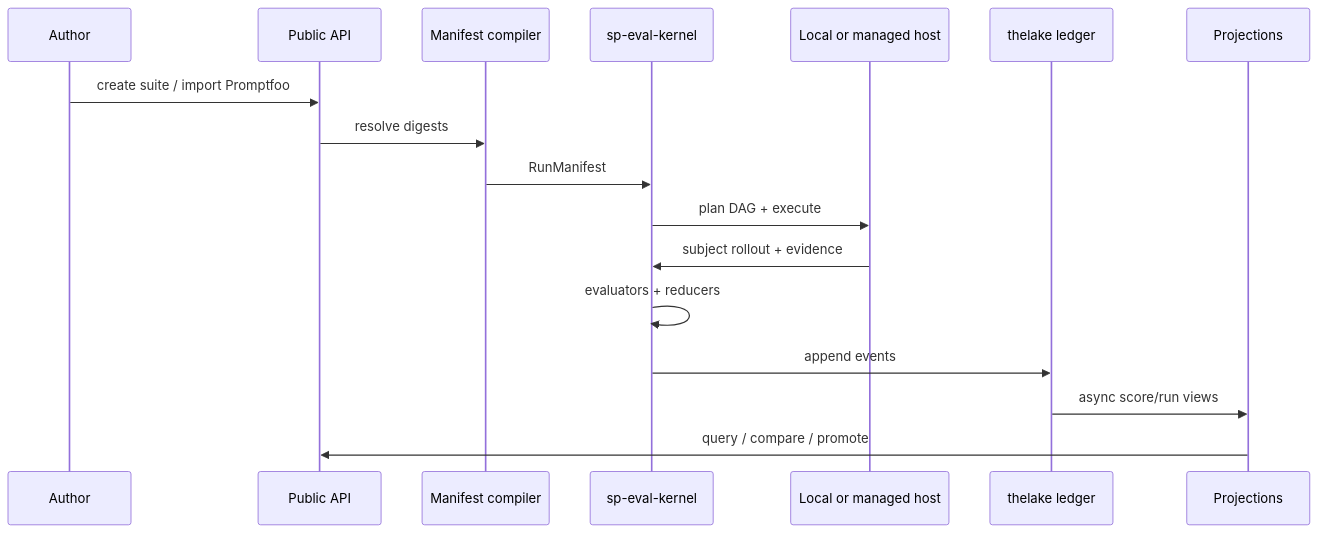
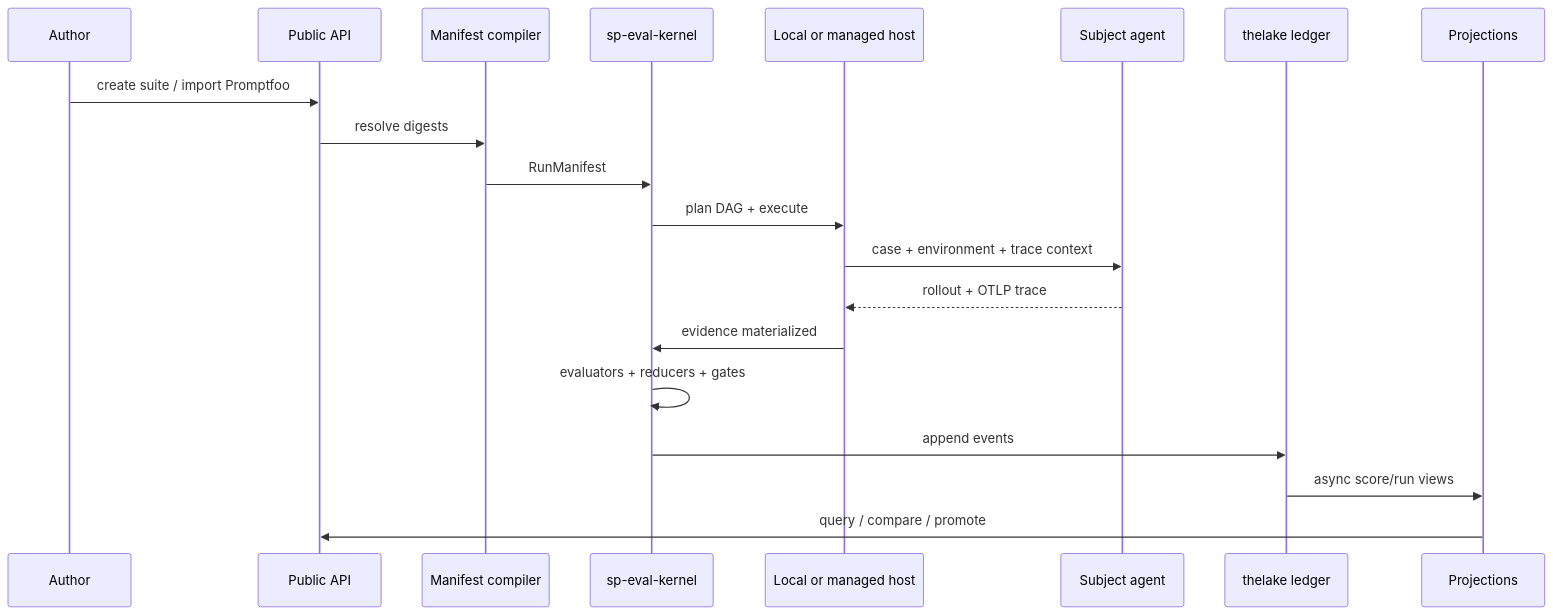
Before and after one commit to softprobe/document-website: the first of 8 diagrams in en/evaluation/how-it-works.md, drawn with Mermaid. The commit also changed other lines of this file and 37 other files, not shown here.

First line of the commit message:
docs(evaluation): customer-facing examples + architecture diagrams

````diff
--- a/en/evaluation/how-it-works.md
+++ b/en/evaluation/how-it-works.md
@@ -11,20 +11,23 @@
 ```mermaid
 sequenceDiagram
   participant Author as Author
   participant API as Public API
   participant Compiler as Manifest compiler
   participant Kernel as sp-eval-kernel
   participant Host as Local or managed host
+  participant Subject as Subject agent
   participant Lake as thelake ledger
   participant Proj as Projections
 
   Author->>API: create suite / import Promptfoo
   API->>Compiler: resolve digests
   Compiler->>Kernel: RunManifest
   Kernel->>Host: plan DAG + execute
-  Host->>Kernel: subject rollout + evidence
-  Kernel->>Kernel: evaluators + reducers
+  Host->>Subject: case + environment + trace context
+  Subject-->>Host: rollout + OTLP trace
+  Host->>Kernel: evidence materialized
+  Kernel->>Kernel: evaluators + reducers + gates
   Kernel->>Lake: append events
   Lake->>Proj: async score/run views
   Proj->>API: query / compare / promote
 ```
````
